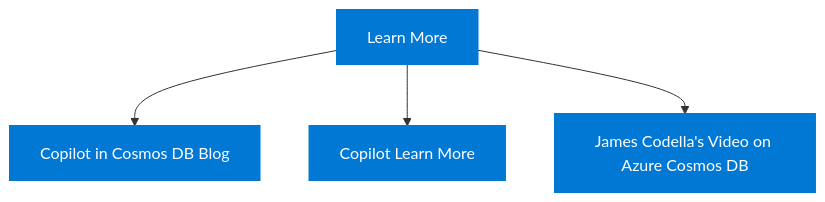
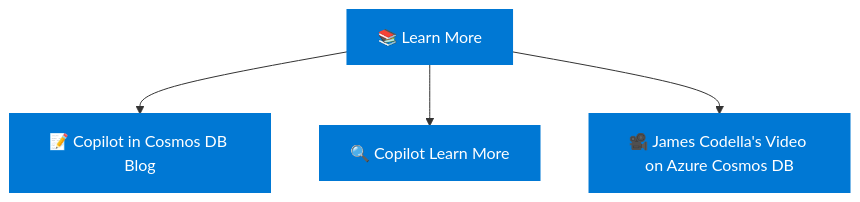
Before and after one commit to AaronCWacker/AzureModels4AI: the fifth of 5 diagrams in Azure Cosmos DB Copilot.md, drawn with Mermaid. The commit also changed other lines of this file, not shown here.

Commit message:
Update Azure Cosmos DB Copilot.md

````diff
--- a/Azure Cosmos DB Copilot.md
+++ b/Azure Cosmos DB Copilot.md
@@ -109,18 +103,15 @@
 ```mermaid
 graph TD
-    A[Learn More]
-    B[Copilot in Cosmos DB Blog]
-    C[Copilot Learn More]
-    D[James Codella's Video on Azure Cosmos DB]
-
+    A[📚 Learn More]
+    B[📝 Copilot in Cosmos DB Blog]
+    C[🔍 Copilot Learn More]
+    D[🎥 James Codella's Video on Azure Cosmos DB]
     A --> B
     A --> C
     A --> D
-
     click B "https://aka.ms/CopilotInCosmosDBBlog" _blank
     click C "https://aka.ms/cdb-copilot-learn-more" _blank
     click D "https://www.youtube.com/watch?v=STc30jdBwl8&list=PLHgX2IExbFos07Jf1iT2gg94A2IArbmLC&index=3&t=1049s" _blank
-
     classDef default fill:#0078D4,color:#ffffff,stroke:#0078D4,stroke-width:2px;
     class A,B,C,D default;
 ```
````
